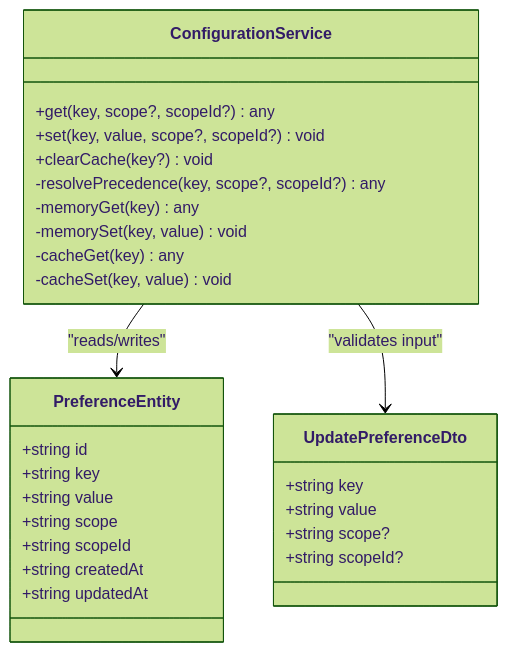
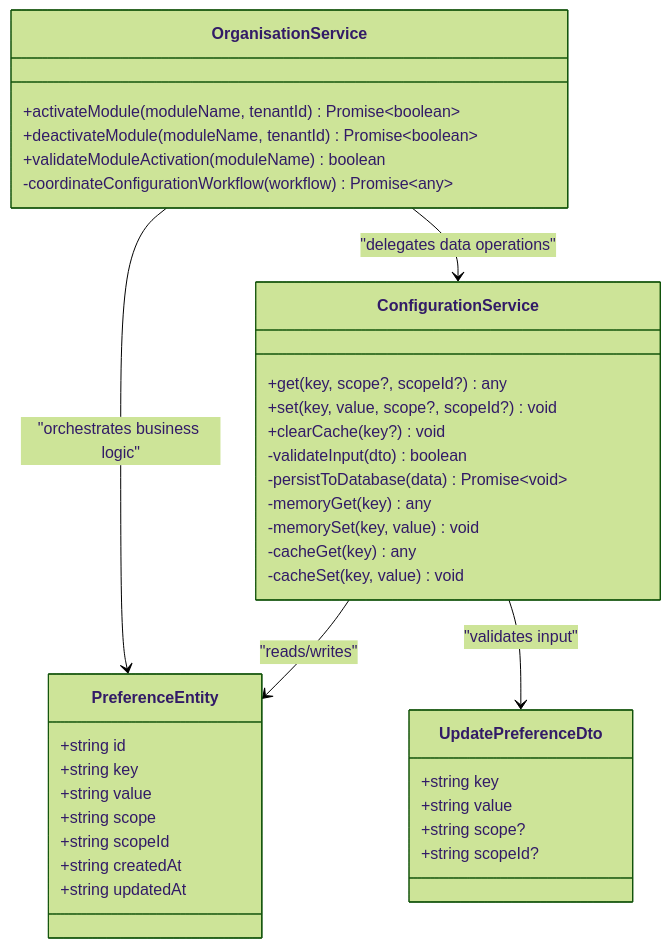
Before and after one commit to franckylab/eLISAschool: the third of 5 diagrams in .qoder/repowiki/en/content/System Architecture/Backend Architecture/Configuration & Environment Management.md, drawn with Mermaid (forest theme). The commit also changed other lines of this file and 262 other files, not shown here.

First line of the commit message:
refactor(architecture): améliorer gestion distribuée de la configuration et délégation contrôleur

````diff
--- a/.qoder/repowiki/en/content/System Architecture/Backend Architecture/Configuration & Environment Management.md
+++ b/.qoder/repowiki/en/content/System Architecture/Backend Architecture/Configuration & Environment Management.md
@@ -262,30 +283,39 @@
 ```mermaid
 classDiagram
 class PreferenceEntity {
 +string id
 +string key
 +string value
 +string scope
 +string scopeId
 +string createdAt
 +string updatedAt
 }
 class ConfigurationService {
 +get(key, scope?, scopeId?) any
 +set(key, value, scope?, scopeId?) void
 +clearCache(key?) void
--resolvePrecedence(key, scope?, scopeId?) any
+-validateInput(dto) boolean
+-persistToDatabase(data) Promise~void~
 -memoryGet(key) any
 -memorySet(key, value) void
 -cacheGet(key) any
 -cacheSet(key, value) void
+}
+class OrganisationService {
++activateModule(moduleName, tenantId) Promise~boolean~
++deactivateModule(moduleName, tenantId) Promise~boolean~
++validateModuleActivation(moduleName) boolean
+-coordinateConfigurationWorkflow(workflow) Promise~any~
 }
 class UpdatePreferenceDto {
 +string key
 +string value
 +string scope?
 +string scopeId?
 }
 ConfigurationService --> PreferenceEntity : "reads/writes"
 ConfigurationService --> UpdatePreferenceDto : "validates input"
+OrganisationService --> ConfigurationService : "delegates data operations"
+OrganisationService --> PreferenceEntity : "orchestrates business logic"
 ```
````
